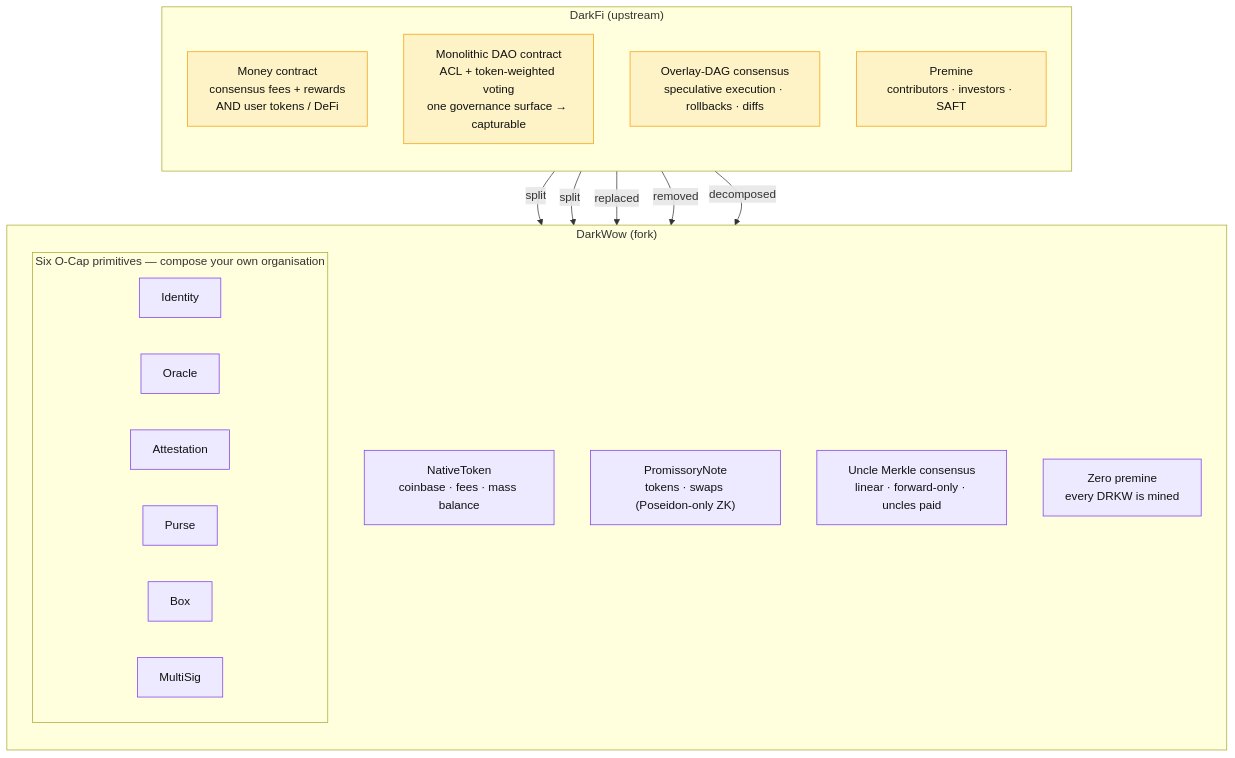
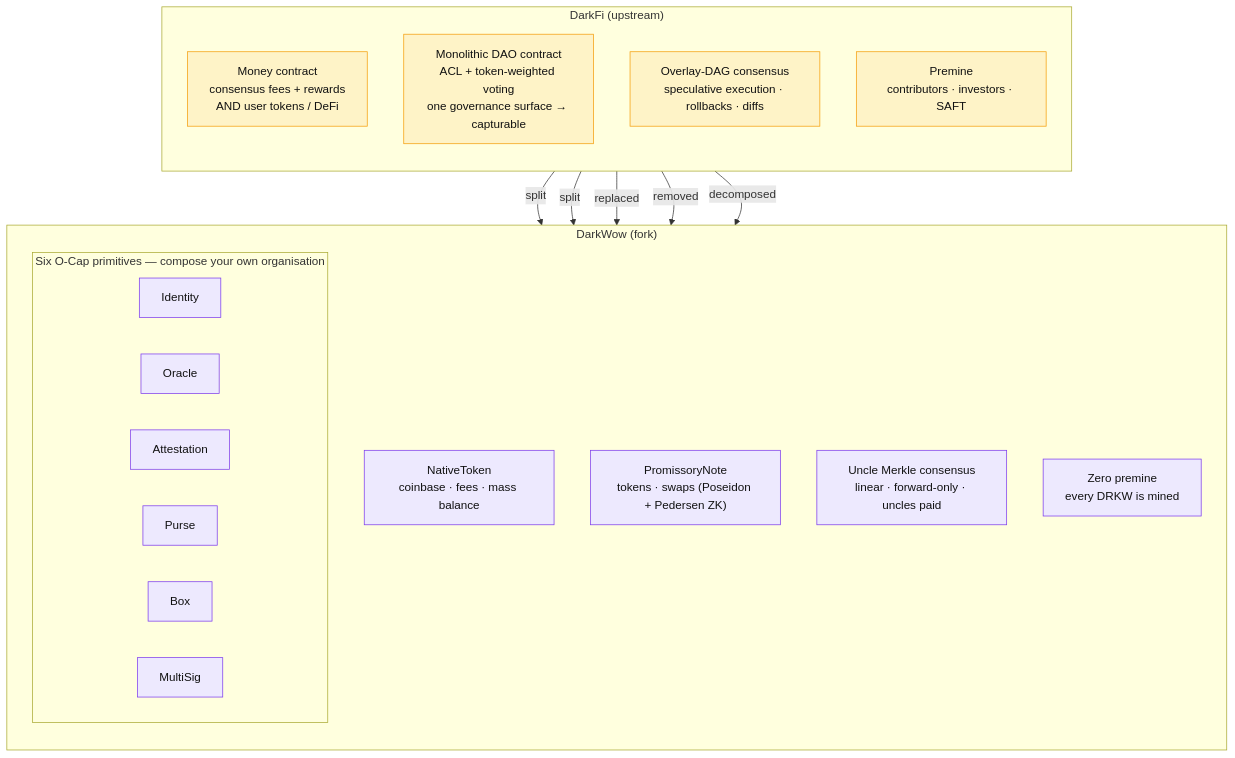
The fifth of 11 diagrams in weeks/week-01/README.md (9lordisgod/DarkWow-Chain-Research), drawn with Mermaid before and after one commit. The commit also changed other lines of this file and 9 other files, not shown here.

````diff
--- a/weeks/week-01/README.md
+++ b/weeks/week-01/README.md
@@ -249,35 +250,35 @@
 ```mermaid
 flowchart TB
     subgraph DF["DarkFi (upstream)"]
         direction TB
         DFM["Money contract<br/>consensus fees + rewards<br/>AND user tokens / DeFi"]
         DFD["Monolithic DAO contract<br/>ACL + token‑weighted voting<br/>one governance surface → capturable"]
         DFC["Overlay‑DAG consensus<br/>speculative execution · rollbacks · diffs"]
         DFP["Premine<br/>contributors · investors · SAFT"]
     end
     subgraph DW["DarkWow (fork)"]
         direction TB
         NT["NativeToken<br/>coinbase · fees · mass balance"]
-        PN["PromissoryNote<br/>tokens · swaps (Poseidon‑only ZK)"]
+        PN["PromissoryNote<br/>tokens · swaps (Poseidon + Pedersen ZK)"]
         subgraph OC["Six O‑Cap primitives — compose your own organisation"]
             direction LR
             ID["Identity"]
             OR["Oracle"]
             AT["Attestation"]
             PUR["Purse"]
             BOXN["Box"]
             MS["MultiSig"]
         end
         UM["Uncle Merkle consensus<br/>linear · forward‑only · uncles paid"]
         ZP["Zero premine<br/>every DRKW is mined"]
     end
     DFM -->|"split"| NT
     DFM -->|"split"| PN
     DFD -->|"decomposed"| OC
     DFC -->|"replaced"| UM
     DFP -->|"removed"| ZP
     classDef old fill:#fef3c7,color:#111,stroke:#f59e0b
     classDef new fill:#ede9fe,color:#111,stroke:#7c3aed
     class DFM,DFD,DFC,DFP old
     class NT,PN,ID,OR,AT,PUR,BOXN,MS,UM,ZP new
 ```
````
